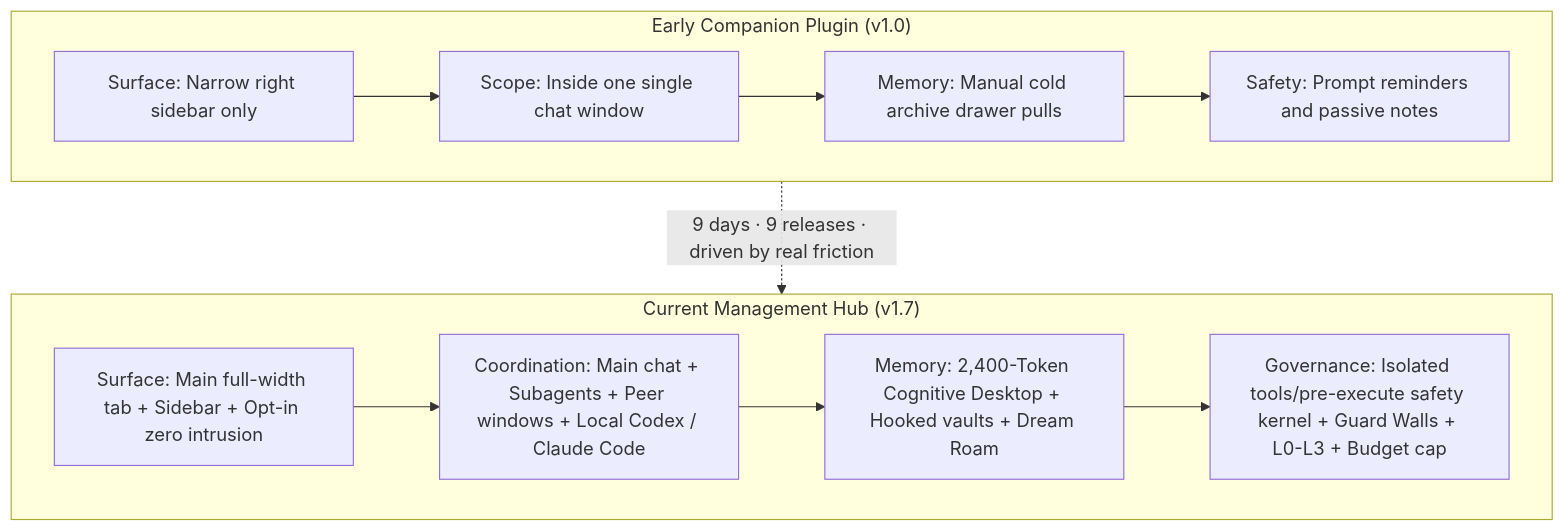
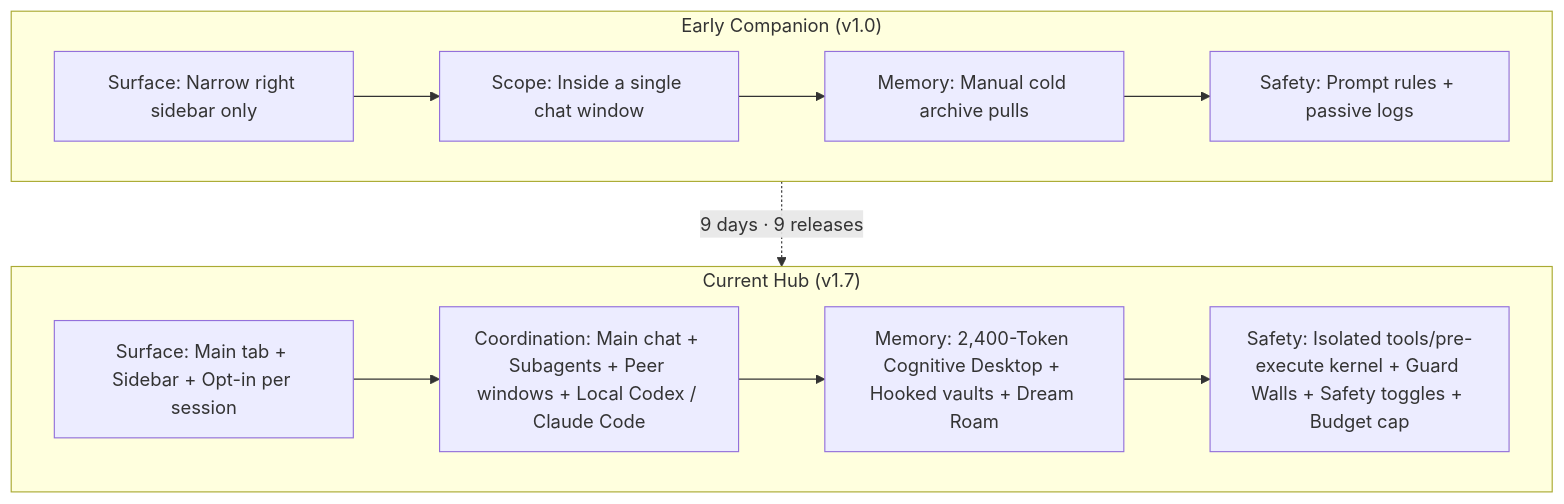
Before and after one commit to gluztm/dsh-chief: the second of 2 diagrams in EVOLUTION.en.md, drawn with Mermaid. The commit also changed other lines of this file and 5 other files, not shown here.

````diff
--- a/EVOLUTION.en.md
+++ b/EVOLUTION.en.md
@@ -175,20 +155,20 @@
 ```mermaid
 flowchart TB
-  subgraph Early["Early Companion Plugin (v1.0)"]
+  subgraph Early["Early Companion (v1.0)"]
     E1["Surface: Narrow right sidebar only"]
-    E2["Scope: Inside one single chat window"]
-    E3["Memory: Manual cold archive drawer pulls"]
-    E4["Safety: Prompt reminders and passive notes"]
+    E2["Scope: Inside a single chat window"]
+    E3["Memory: Manual cold archive pulls"]
+    E4["Safety: Prompt rules + passive logs"]
     E1 --> E2 --> E3 --> E4
   end
 
-  subgraph Current["Current Management Hub (v1.7)"]
-    C1["Surface: Main full-width tab + Sidebar + Opt-in zero intrusion"]
+  subgraph Current["Current Hub (v1.7)"]
+    C1["Surface: Main tab + Sidebar + Opt-in per session"]
     C2["Coordination: Main chat + Subagents + Peer windows + Local Codex / Claude Code"]
     C3["Memory: 2,400-Token Cognitive Desktop + Hooked vaults + Dream Roam"]
-    C4["Governance: Isolated tools/pre-execute safety kernel + Guard Walls + L0-L3 + Budget cap"]
+    C4["Safety: Isolated tools/pre-execute kernel + Guard Walls + Safety toggles + Budget cap"]
     C1 --> C2 --> C3 --> C4
   end
 
-  Early -.->|"9 days · 9 releases · driven by real friction"| Current
+  Early -.->|"9 days · 9 releases"| Current
 ```
````
